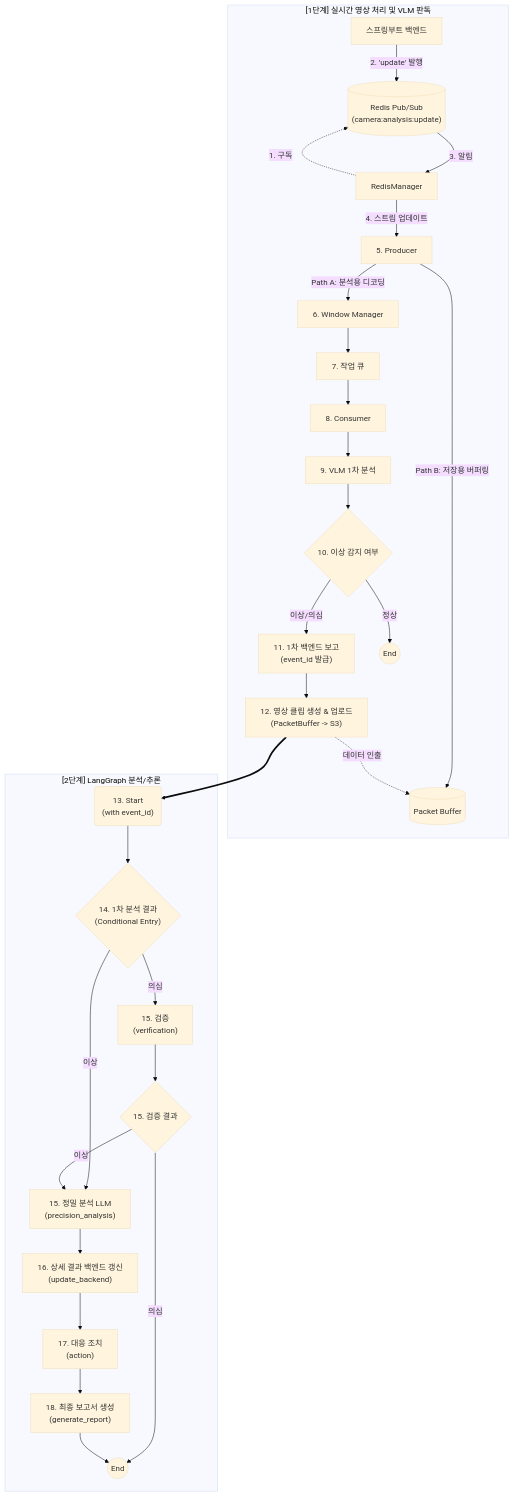
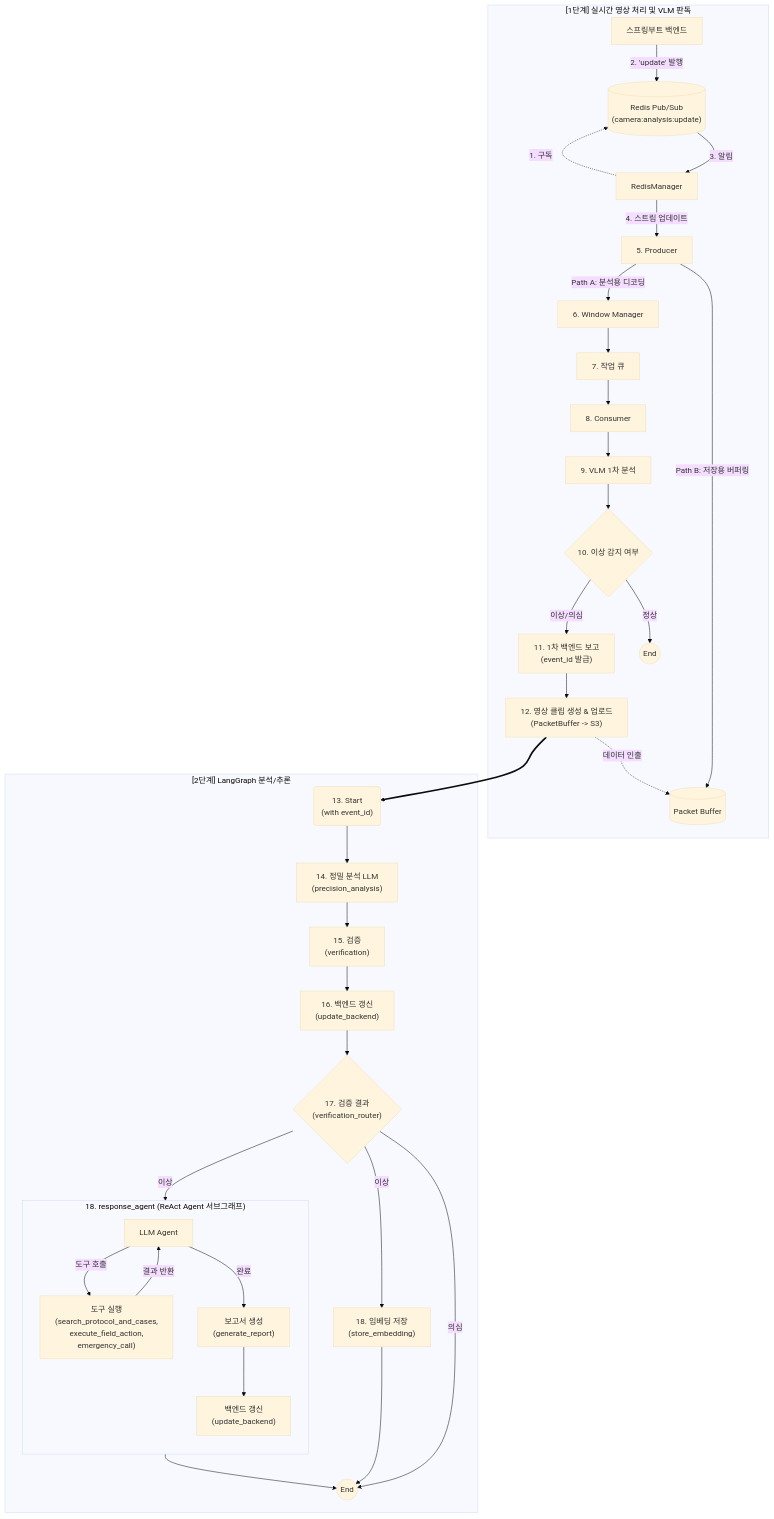
The first of 2 diagrams in README.md (AIX-01/aegis-ai-agent), drawn with Mermaid (base theme) before and after one commit. The commit also changed other lines of this file and 33 other files, not shown here.

Commit message:
feat: add report generation templates and update embedding tools for improved analysis

````diff
--- a/README.md
+++ b/README.md
@@ -392,45 +684,59 @@
 ```mermaid
 graph TD
     subgraph RealTime["[1단계] 실시간 영상 처리 및 VLM 판독"]
         ExtMgr["스프링부트 백엔드"]
         RedisCh[("Redis Pub/Sub<br>(camera:analysis:update)")]
         RM["RedisManager"]
 
         RM -. "1. 구독" .-> RedisCh
         ExtMgr -- "2. 'update' 발행" --> RedisCh
         RedisCh -- "3. 알림" --> RM
         
         RM -- "4. 스트림 업데이트" --> P["5. Producer"]
         P -- "Path A: 분석용 디코딩" --> W["6. Window Manager"]
         P -- "Path B: 저장용 버퍼링" --> PB[("Packet Buffer")]
         
         W --> Q["7. 작업 큐"]
         Q --> C["8. Consumer"]
         C --> VLM["9. VLM 1차 분석"]
         VLM --> Router{"10. 이상 감지 여부"}
         Router -- "이상/의심" --> BR["11. 1차 백엔드 보고<br>(event_id 발급)"]
         BR --> Clip["12. 영상 클립 생성 & 업로드<br>(PacketBuffer -> S3)"]
         Clip -. "데이터 인출" .-> PB
         Router -- "정상" --> EndLocal((End))
     end
 
     subgraph LangGraph["[2단계] LangGraph 분석/추론"]
         Clip ~~~ Start
         Start("13. Start<br>(with event_id)")
         
-        Start --> Router2{"14. 1차 분석 결과<br>(Conditional Entry)"}
-        Router2 -- "이상" --> N_Precise["15. 정밀 분석 LLM <br>(precision_analysis)"]
-        Router2 -- "의심" --> N_Verify["15. 검증<br>(verification)"]
+        Start --> N_Precise["14. 정밀 분석 LLM <br>(precision_analysis)"]
+        N_Precise --> N_Verify["15. 검증<br>(verification)"]
+        N_Verify --> N_Update["16. 백엔드 갱신<br>(update_backend)"]
+        N_Update --> Router2{"17. 검증 결과<br>(verification_router)"}
         
-        N_Verify --> Router3{"15. 검증 결과"}
-        Router3 -- "이상" --> N_Precise
-        Router3 -- "의심" --> EndGraph((End))
+        Router2 -- "이상" --> N_Embed["18. 임베딩 저장<br>(store_embedding)"]
+        Router2 -- "의심" --> EndGraph((End))
         
-        N_Precise --> N_Update["16. 상세 결과 백엔드 갱신<br>(update_backend)"]
-        N_Update --> N_Action["17. 대응 조치<br>(action)"]
-        N_Action --> N7["18. 최종 보고서 생성<br>(generate_report)"]
-        N7 --> EndGraph
+        N_Embed --> EndGraph
+        
+        Router2 -- "이상" --> SubAgent
+        
+        subgraph SubAgent["18. response_agent (ReAct Agent 서브그래프)"]
+            direction TB
+            SA_Agent["LLM Agent"]
+            SA_Tools["도구 실행<br>(search_protocol_and_cases,<br>execute_field_action,<br>emergency_call)"]
+            SA_Report["보고서 생성<br>(generate_report)"]
+            SA_UpdateBackend["백엔드 갱신<br>(update_backend)"]
+            
+            SA_Agent -- "도구 호출" --> SA_Tools
+            SA_Tools -- "결과 반환" --> SA_Agent
+            SA_Agent -- "완료" --> SA_Report
+            SA_Report --> SA_UpdateBackend
+        end
+        
+        SubAgent --> EndGraph
     end
 
     Clip ==> Start
 ```
````
